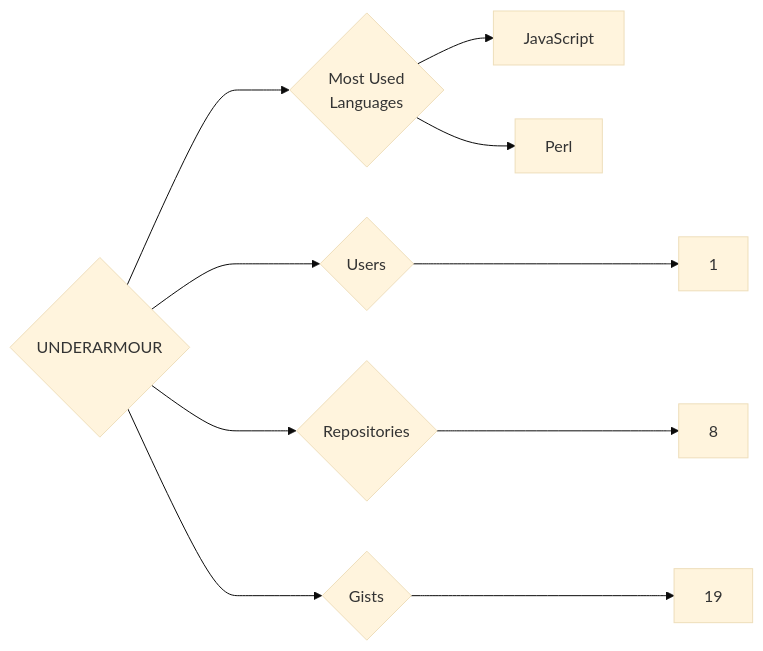
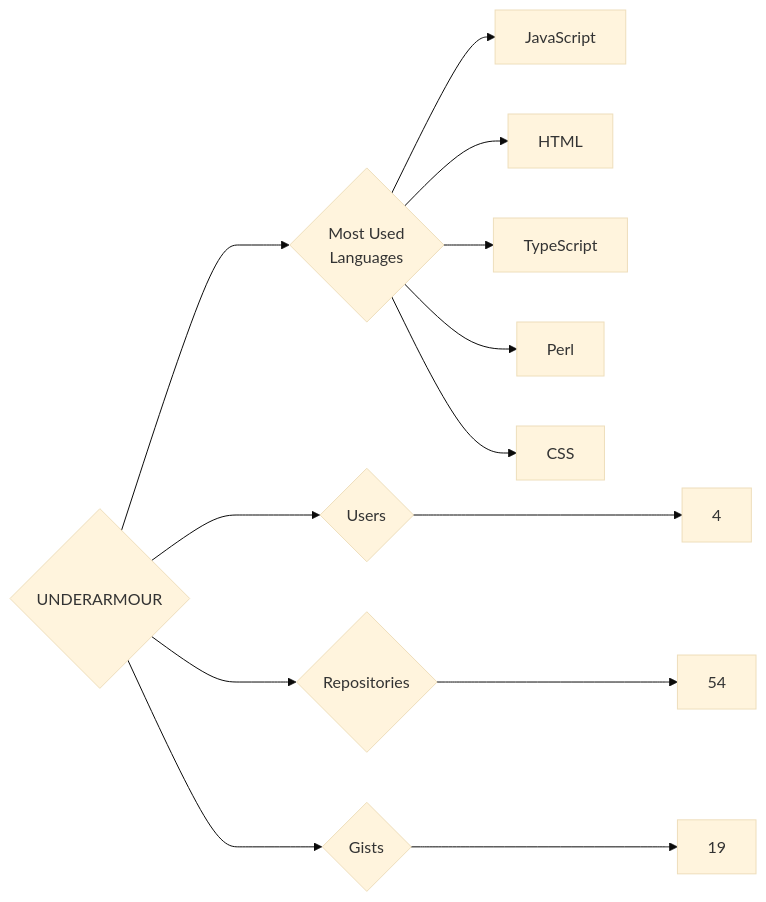
Before and after one commit to trickest/insiders: the diagram in targets/UNDERARMOUR/README.md, drawn with Mermaid (base theme). The commit also changed 973 other files, not shown here.

````diff
--- a/targets/UNDERARMOUR/README.md
+++ b/targets/UNDERARMOUR/README.md
@@ -3,10 +3,13 @@
 ```mermaid
 graph LR
 COMPANY_NAME{UNDERARMOUR}
-COMPANY_NAME ---> U{Users} ---> UN[1]
-COMPANY_NAME ---> R{Repositories} ---> RN[8]
+COMPANY_NAME ---> U{Users} ---> UN[4]
+COMPANY_NAME ---> R{Repositories} ---> RN[54]
 COMPANY_NAME ---> G{Gists} ---> GN[19]
 COMPANY_NAME ---> ML{Most Used<br>Languages}
 ML --> JavaScript[JavaScript]
+ML --> HTML[HTML]
+ML --> TypeScript[TypeScript]
 ML --> Perl[Perl]
+ML --> CSS[CSS]
 ```
````
